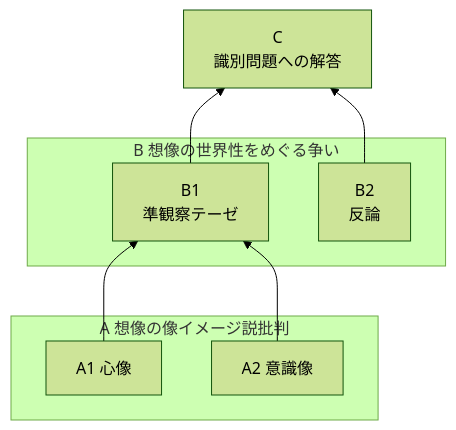
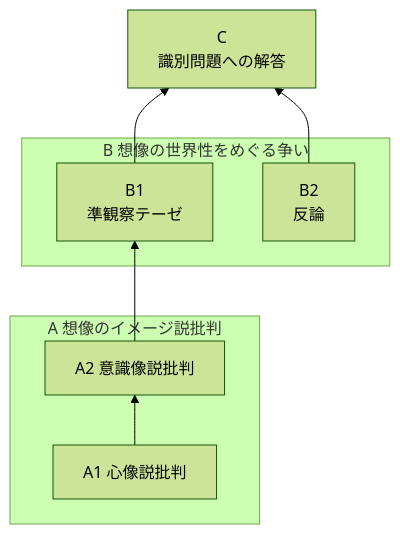
Before and after one commit to kyonenya/slidev-playground: the first of 2 diagrams in slides.md, drawn with Mermaid (forest theme). The commit also changed other lines of this file and 1 other file, not shown here.

````diff
--- a/slides.md
+++ b/slides.md
@@ -28,15 +27,15 @@
 ```mermaid
 flowchart BT
-    A1 --> B1
+    A1 --> A2
     A2 --> B1
     B1 --> C[C<br>識別問題への解答]
     B2 --> C
-subgraph A 想像の像イメージ説批判 
-    A1[A1 心像]
-    A2[A2 意識像]
+subgraph A 想像のイメージ説批判 
+    A1[A1 心像説批判]
+    A2[A2 意識像説批判]
 end
 subgraph B 想像の世界性をめぐる争い
     B1[B1<br/>準観察テーゼ]
     B2[B2<br/>反論]
 end
 ```
````
